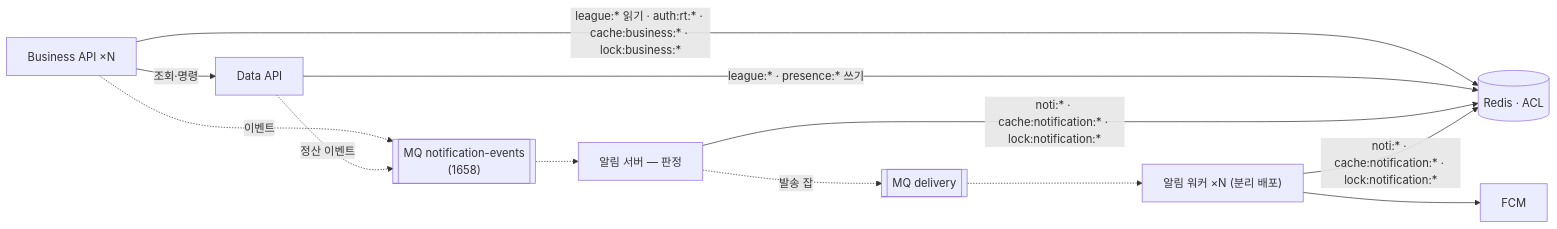
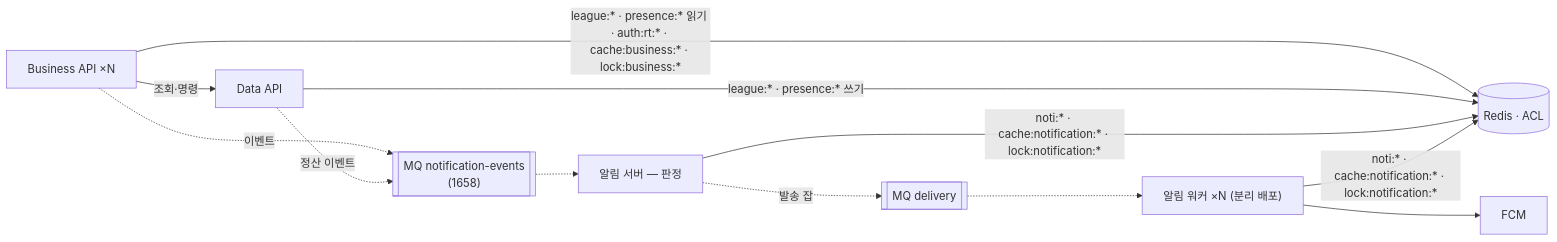
One commit to OneOrThree/phone changed the second of 2 diagrams in docs/architecture/service-architecture.md. Above: the diagram before and after it, drawn with Mermaid. The commit also changed 1 other file, not shown here.

Commit message:
[CHORE] GROMO-1727 3라운드 반영 — Target-2 다이어그램에 presence:* 읽기, README 7단계에 system §2 mermaid 포함
Claude-Session: https://claude.ai/code/session_01VrPncYyWFtPjjL2U2WMwRz

````diff
--- a/docs/architecture/service-architecture.md
+++ b/docs/architecture/service-architecture.md
@@ -127,13 +127,13 @@
 ```mermaid
 flowchart LR
   BIZ["Business API ×N"] -->|"조회·명령"| DATA["Data API"]
-  BIZ -->|"league:* 읽기 · auth:rt:* · cache:business:* · lock:business:*"| REDIS[("Redis · ACL")]
+  BIZ -->|"league:* · presence:* 읽기 · auth:rt:* · cache:business:* · lock:business:*"| REDIS[("Redis · ACL")]
   DATA -->|"league:* · presence:* 쓰기"| REDIS
   BIZ -.->|"이벤트"| MQ[["MQ notification-events<br/>(1658)"]]
   DATA -.->|"정산 이벤트"| MQ
   MQ -.-> NSJ["알림 서버 — 판정"]
   NSJ -.->|"발송 잡"| MQ2[["MQ delivery"]]
   MQ2 -.-> NSW["알림 워커 ×N (분리 배포)"]
   NSW --> FCM["FCM"]
   NSJ & NSW -->|"noti:* · cache:notification:* · lock:notification:*"| REDIS
 ```
````
